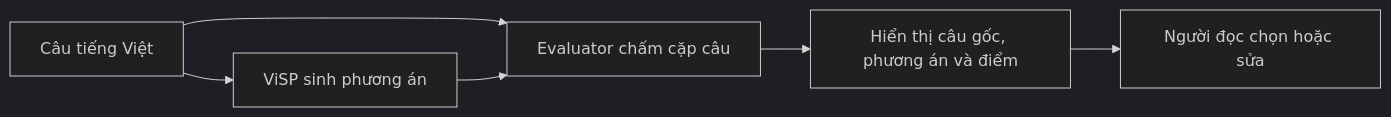
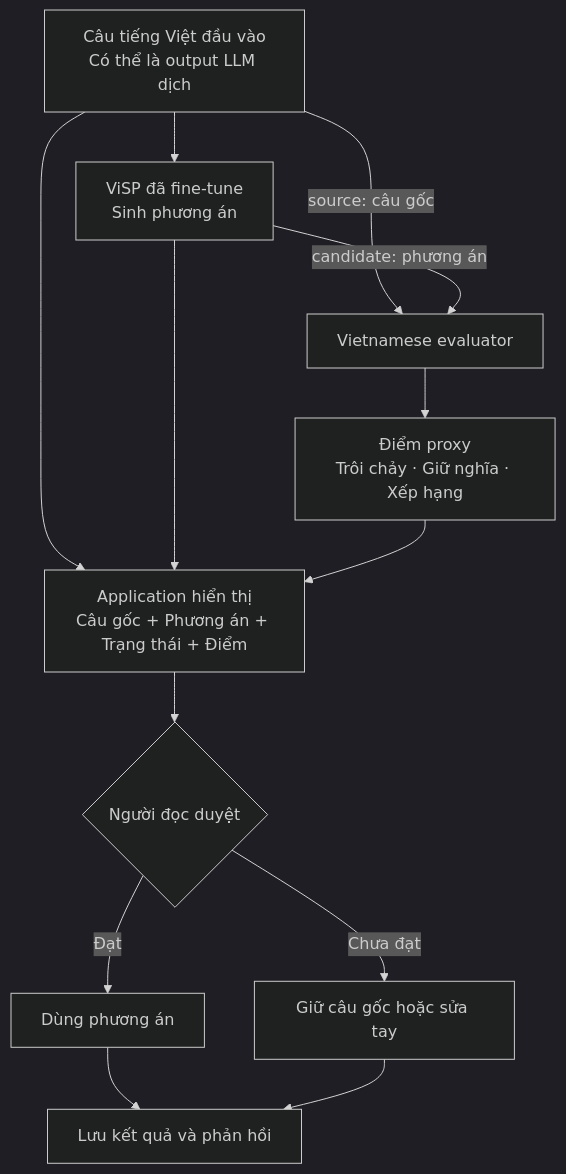
One commit to Deyuhnat/NLB changed the diagram in README.md. Above: the diagram before and after it, drawn with Mermaid (dark theme). The commit also changed other lines of this file, not shown here.

````diff
--- a/README.md
+++ b/README.md
@@ -18,8 +20,15 @@
 ```mermaid
-flowchart LR
- A[Câu tiếng Việt] --> B[ViSP sinh phương án]
- A --> C[Evaluator chấm cặp câu]
- B --> C
- C --> D[Hiển thị câu gốc, phương án và điểm]
- D --> E[Người đọc chọn hoặc sửa]
+flowchart TD
+ A["Câu tiếng Việt đầu vào<br/>Có thể là output LLM dịch"] --> B["ViSP đã fine-tune<br/>Sinh phương án"]
+ A -->|"source: câu gốc"| C["Vietnamese evaluator"]
+ B -->|"candidate: phương án"| C
+ C --> D["Điểm proxy<br/>Trôi chảy · Giữ nghĩa · Xếp hạng"]
+ A --> E["Application hiển thị<br/>Câu gốc + Phương án + Trạng thái + Điểm"]
+ B --> E
+ D --> E
+ E --> F{"Người đọc duyệt"}
+ F -->|"Đạt"| G["Dùng phương án"]
+ F -->|"Chưa đạt"| H["Giữ câu gốc hoặc sửa tay"]
+ G --> I["Lưu kết quả và phản hồi"]
+ H --> I
 ```
````
